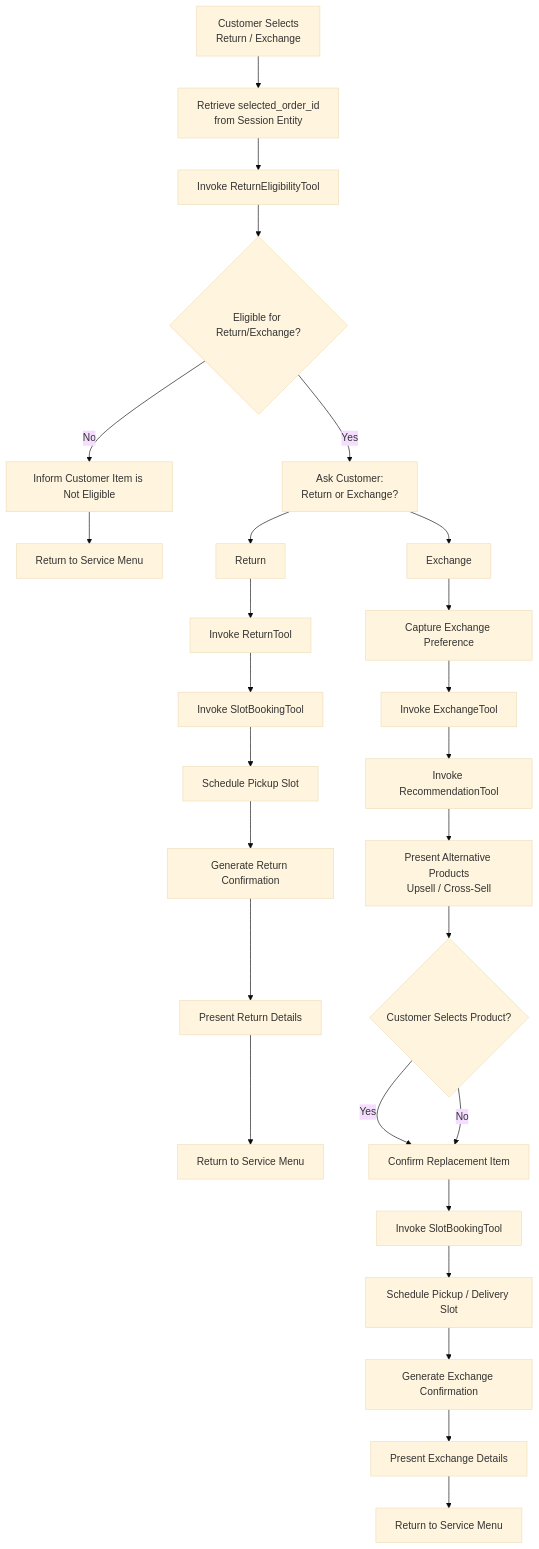
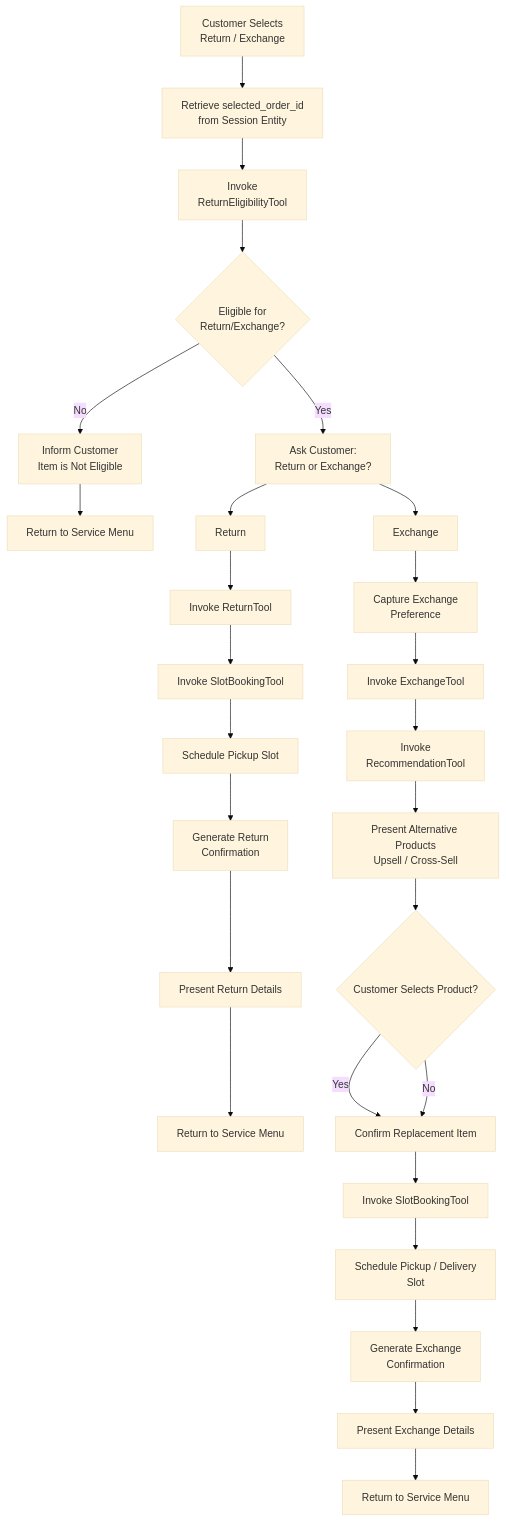
Before and after one commit to anshikasaini12/retail-cx-voice-agent-gcp: the fourth of 6 diagrams in docs/02_conversational_architecture.md, drawn with Mermaid (base theme). The commit also changed other lines of this file, not shown here.

````diff
--- a/docs/02_conversational_architecture.md
+++ b/docs/02_conversational_architecture.md
@@ -246,61 +203,61 @@
 ```mermaid
 flowchart TD
 
 A[Customer Selects<br/>Return / Exchange]
 
 --> B[Retrieve selected_order_id<br/>from Session Entity]
 
---> C[Invoke ReturnEligibilityTool]
+--> C[Invoke <br/>ReturnEligibilityTool]
 
---> D{Eligible for Return/Exchange?}
+--> D{Eligible for <br/>Return/Exchange?}
 
-D -- No --> E[Inform Customer Item is Not Eligible]
+D -- No --> E[Inform Customer <br/>Item is Not Eligible]
 
 E --> F[Return to Service Menu]
 
 D -- Yes --> G[Ask Customer:<br/>Return or Exchange?]
 
 %% RETURN FLOW
 
 G --> H[Return]
 
 H --> I[Invoke ReturnTool]
 
 I --> J[Invoke SlotBookingTool]
 
 J --> K[Schedule Pickup Slot]
 
-K --> L[Generate Return Confirmation]
+K --> L[Generate Return <br/>Confirmation]
 
 L --> M[Present Return Details]
 
 M --> N[Return to Service Menu]
 
 %% EXCHANGE FLOW
 
 G --> O[Exchange]
 
-O --> P[Capture Exchange Preference]
+O --> P[Capture Exchange <br/> Preference]
 
 P --> Q[Invoke ExchangeTool]
 
-Q --> R[Invoke RecommendationTool]
+Q --> R[Invoke <br/>RecommendationTool]
 
 R --> S[Present Alternative Products<br/>Upsell / Cross-Sell]
 
 S --> T{Customer Selects Product?}
 
 T -- Yes --> U[Confirm Replacement Item]
 
 T -- No --> U
 
 U --> V[Invoke SlotBookingTool]
 
-V --> W[Schedule Pickup / Delivery Slot]
+V --> W[Schedule Pickup / Delivery <br/> Slot]
 
-W --> X[Generate Exchange Confirmation]
+W --> X[Generate Exchange <br/>Confirmation]
 
 X --> Y[Present Exchange Details]
 
 Y --> Z[Return to Service Menu]
 ```
````
